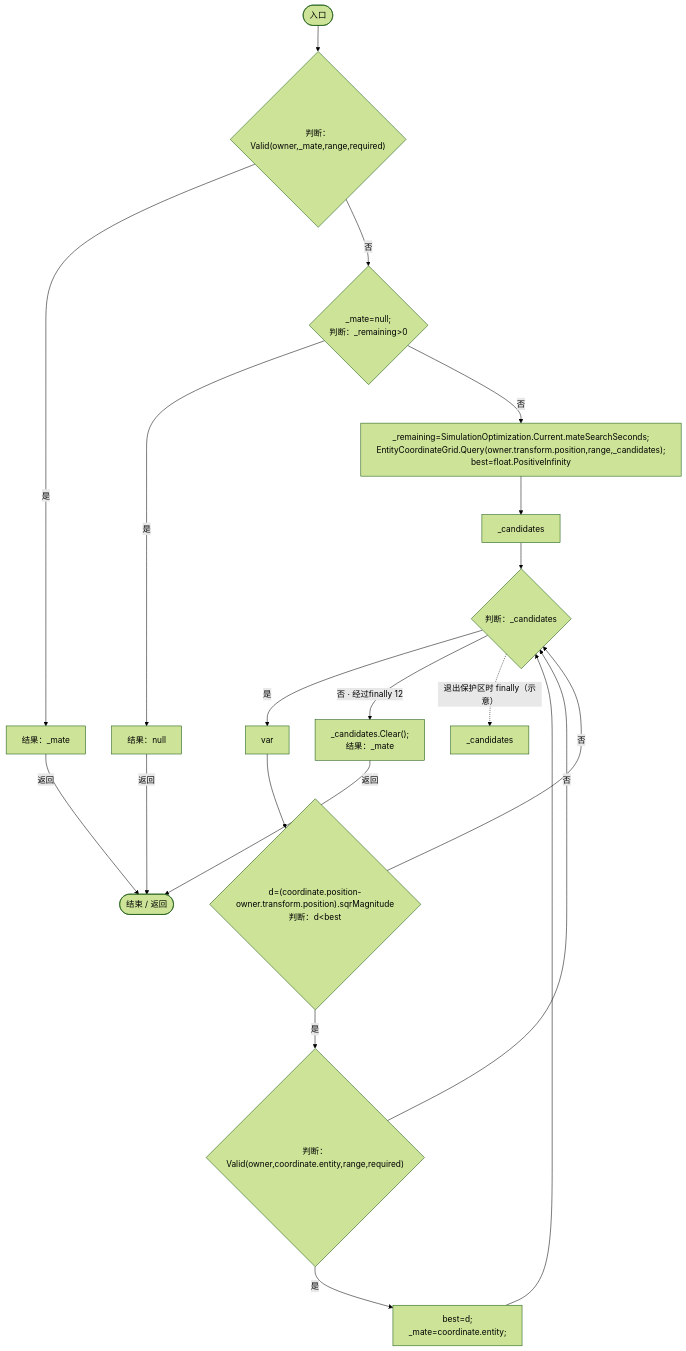
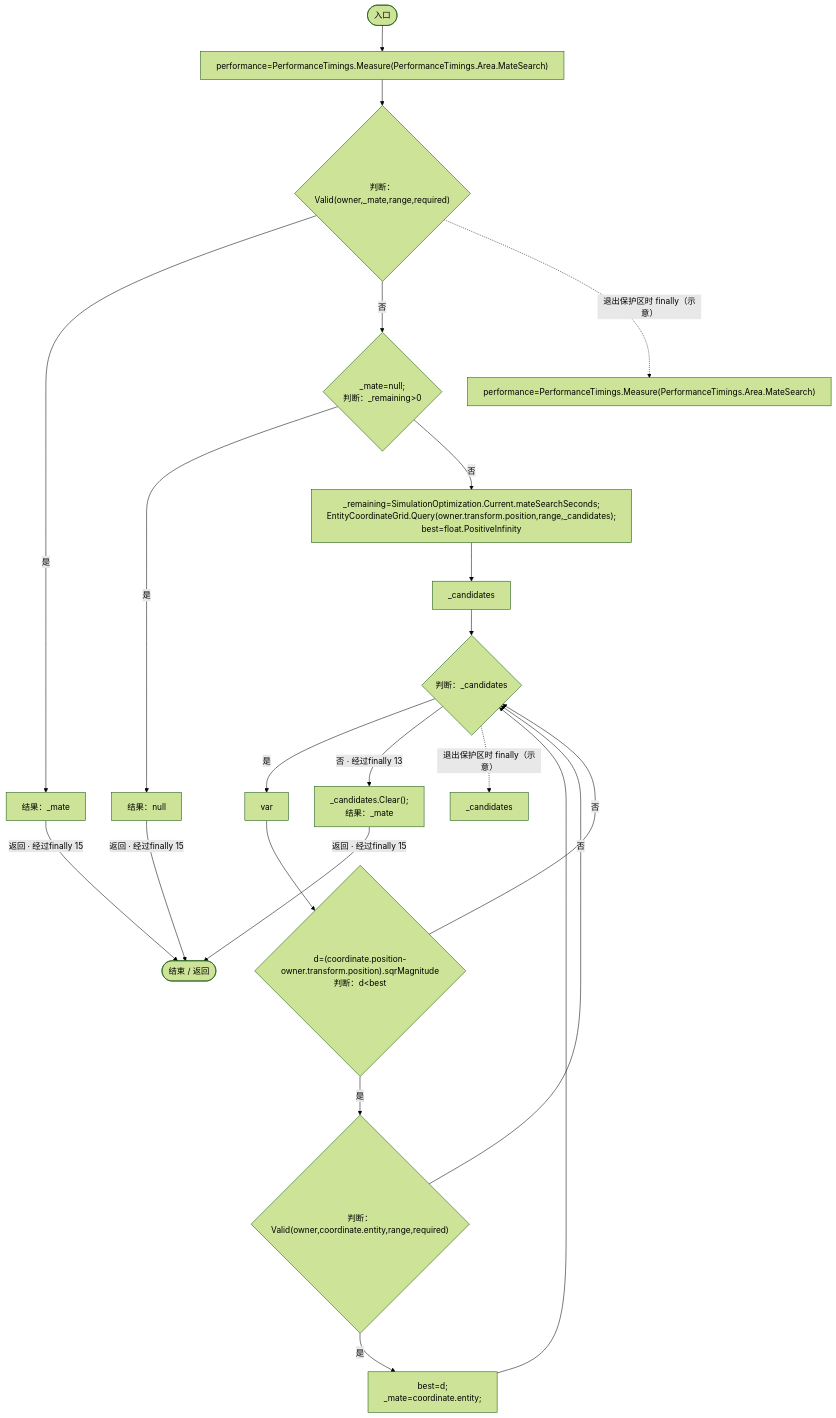
One commit to xhs6666/Darwin_paradise changed the third of 3 diagrams in Docs/运行流程图/脚本/c0c58c738d12bfd2.md. Above: the diagram before and after it, drawn with Mermaid (forest theme). The commit also changed other lines of this file and 228 other files, not shown here.

````diff
--- a/Docs/运行流程图/脚本/c0c58c738d12bfd2.md
+++ b/Docs/运行流程图/脚本/c0c58c738d12bfd2.md
@@ -134,38 +134,42 @@
 ```mermaid
 flowchart TD
   b0(["入口"])
-  b1{"判断：Valid(owner,_mate,range,required)"}
-  b2["结果：_mate"]
-  b3{"_mate=null;<br/>判断：_remaining&gt;0"}
-  b4["结果：null"]
-  b5["_remaining=SimulationOptimization.Current.mateSearchSeconds;<br/>EntityCoordinateGrid.Query(owner.transform.position,range,_candidates);<br/>best=float.PositiveInfinity"]
-  b6["_candidates"]
-  b7{"判断：_candidates"}
-  b8["var"]
-  b9{"d=(coordinate.position-owner.transform.position).sqrMagnitude<br/>判断：d&lt;best"}
-  b10{"判断：Valid(owner,coordinate.entity,range,required)"}
-  b11["best=d;<br/>_mate=coordinate.entity;"]
-  b12["_candidates"]
-  b13["_candidates.Clear();<br/>结果：_mate"]
-  b14(["结束 / 返回"])
+  b1["performance=PerformanceTimings.Measure(PerformanceTimings.Area.MateSearch)"]
+  b2{"判断：Valid(owner,_mate,range,required)"}
+  b3["结果：_mate"]
+  b4{"_mate=null;<br/>判断：_remaining&gt;0"}
+  b5["结果：null"]
+  b6["_remaining=SimulationOptimization.Current.mateSearchSeconds;<br/>EntityCoordinateGrid.Query(owner.transform.position,range,_candidates);<br/>best=float.PositiveInfinity"]
+  b7["_candidates"]
+  b8{"判断：_candidates"}
+  b9["var"]
+  b10{"d=(coordinate.position-owner.transform.position).sqrMagnitude<br/>判断：d&lt;best"}
+  b11{"判断：Valid(owner,coordinate.entity,range,required)"}
+  b12["best=d;<br/>_mate=coordinate.entity;"]
+  b13["_candidates"]
+  b14["_candidates.Clear();<br/>结果：_mate"]
+  b15["performance=PerformanceTimings.Measure(PerformanceTimings.Area.MateSearch)"]
+  b16(["结束 / 返回"])
   b0 --> b1
-  b1 -->|"是"| b2
-  b1 -->|"否"| b3
-  b2 -->|"返回"| b14
-  b3 -->|"是"| b4
-  b3 -->|"否"| b5
-  b4 -->|"返回"| b14
-  b5 --> b6
+  b1 --> b2
+  b2 -->|"是"| b3
+  b2 -->|"否"| b4
+  b3 -->|"返回 · 经过finally 15"| b16
+  b4 -->|"是"| b5
+  b4 -->|"否"| b6
+  b5 -->|"返回 · 经过finally 15"| b16
   b6 --> b7
-  b7 -->|"是"| b8
-  b7 -->|"否 · 经过finally 12"| b13
-  b8 --> b9
-  b9 -->|"是"| b10
-  b9 -->|"否"| b7
+  b7 --> b8
+  b8 -->|"是"| b9
+  b8 -->|"否 · 经过finally 13"| b14
+  b9 --> b10
   b10 -->|"是"| b11
-  b10 -->|"否"| b7
-  b11 --> b7
-  b13 -->|"返回"| b14
-  b7 -. "退出保护区时 finally（示意）" .-> b12
+  b10 -->|"否"| b8
+  b11 -->|"是"| b12
+  b11 -->|"否"| b8
+  b12 --> b8
+  b14 -->|"返回 · 经过finally 15"| b16
+  b8 -. "退出保护区时 finally（示意）" .-> b13
+  b2 -. "退出保护区时 finally（示意）" .-> b15
 
 ```
````
